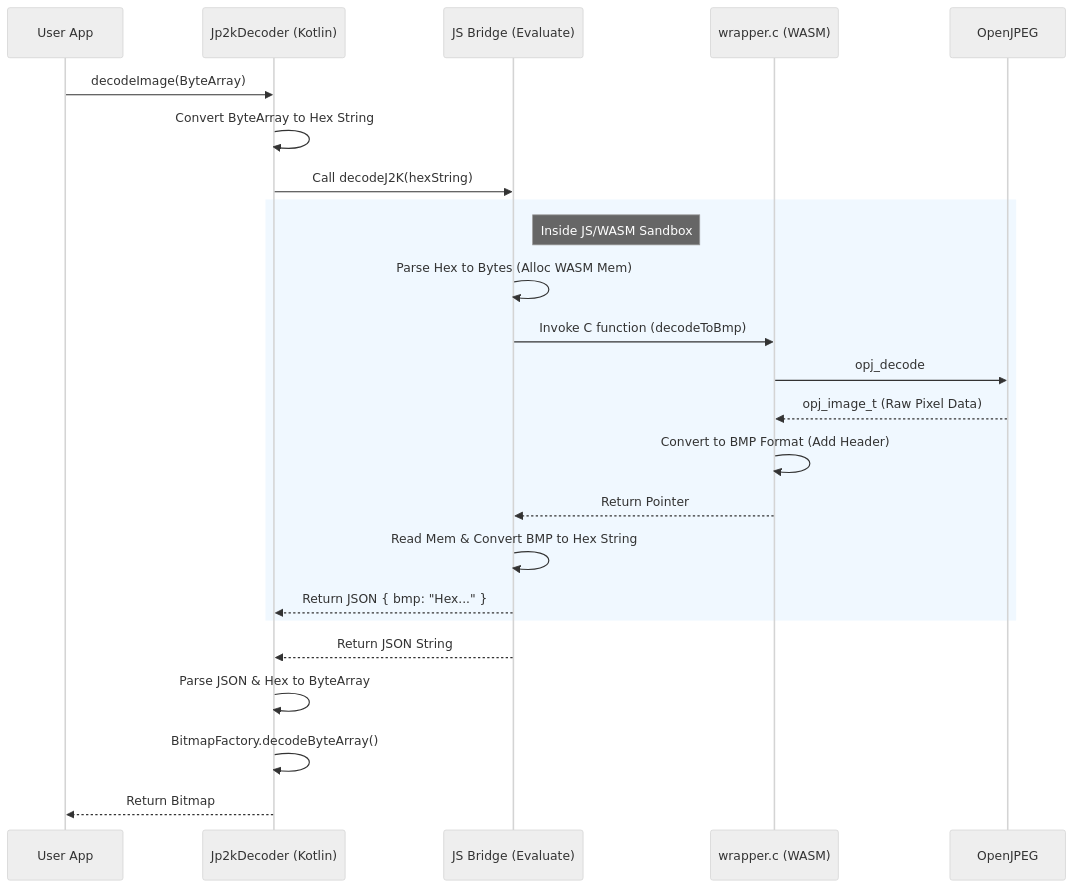
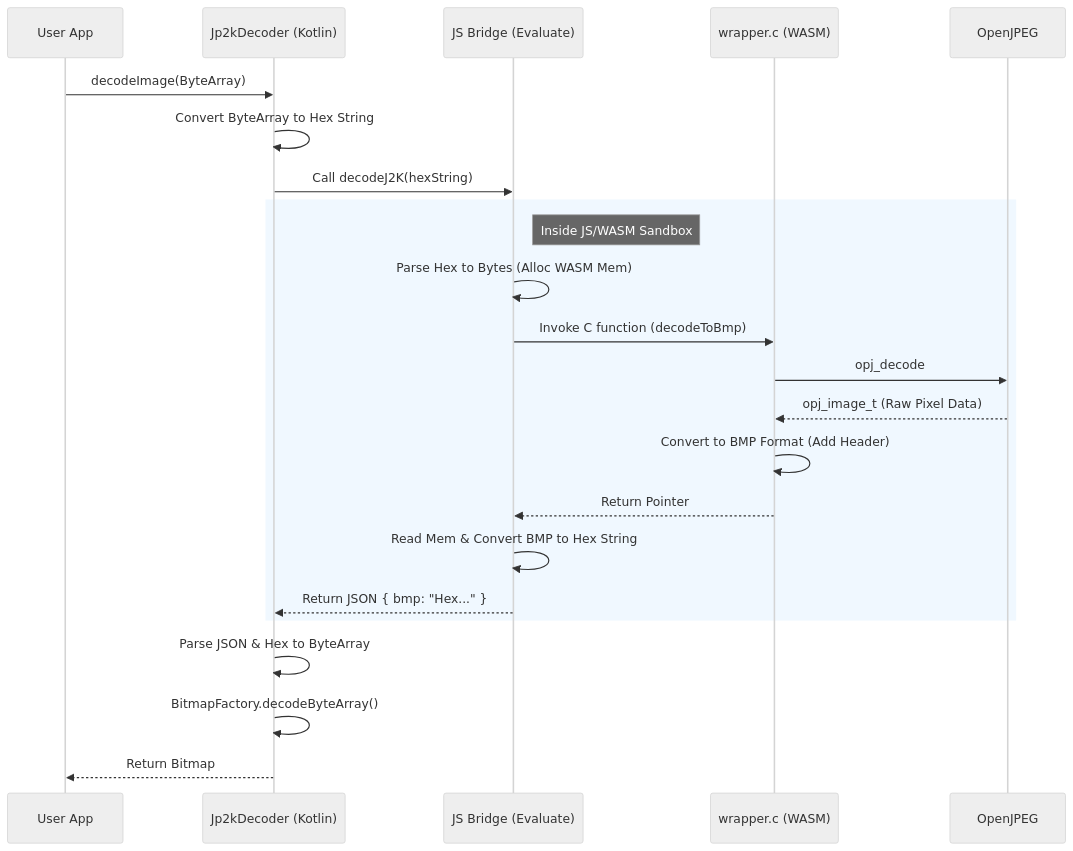
One commit to keiji/jp2k-decoder-android changed the second of 3 diagrams in docs/design.md. Above: the diagram before and after it, drawn with Mermaid (neutral theme).

Commit message:
docs: fix duplicate return json entry in design.md

````diff
--- a/docs/design.md
+++ b/docs/design.md
@@ -45,29 +45,27 @@
 ```mermaid
 sequenceDiagram
     participant App as User App
     participant Kotlin as Jp2kDecoder (Kotlin)
     participant Bridge as JS Bridge (Evaluate)
     participant WASM as wrapper.c (WASM)
     participant OpenJPEG as OpenJPEG
 
     App->>Kotlin: decodeImage(ByteArray)
     Kotlin->>Kotlin: Convert ByteArray to Hex String
     Kotlin->>Bridge: Call decodeJ2K(hexString)
 
     rect rgb(240, 248, 255)
     note right of Bridge: Inside JS/WASM Sandbox
     Bridge->>Bridge: Parse Hex to Bytes (Alloc WASM Mem)
     Bridge->>WASM: Invoke C function (decodeToBmp)
     WASM->>OpenJPEG: opj_decode
     OpenJPEG-->>WASM: opj_image_t (Raw Pixel Data)
     WASM->>WASM: Convert to BMP Format (Add Header)
     WASM-->>Bridge: Return Pointer
     Bridge->>Bridge: Read Mem & Convert BMP to Hex String
     Bridge-->>Kotlin: Return JSON { bmp: "Hex..." }
     end
-
-    Bridge-->>Kotlin: Return JSON String
     Kotlin->>Kotlin: Parse JSON & Hex to ByteArray
     Kotlin->>Kotlin: BitmapFactory.decodeByteArray()
     Kotlin-->>App: Return Bitmap
 ```
````
